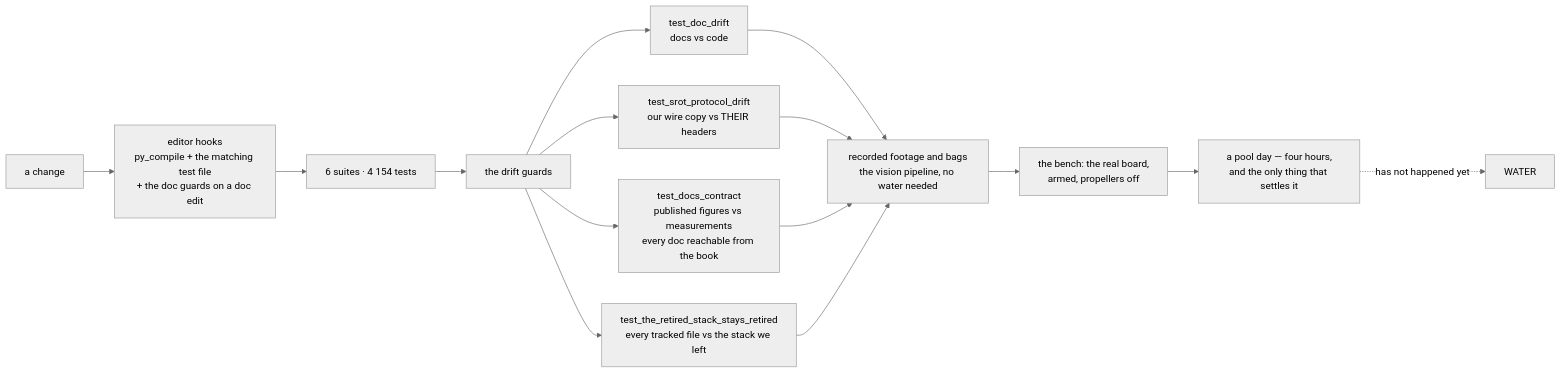
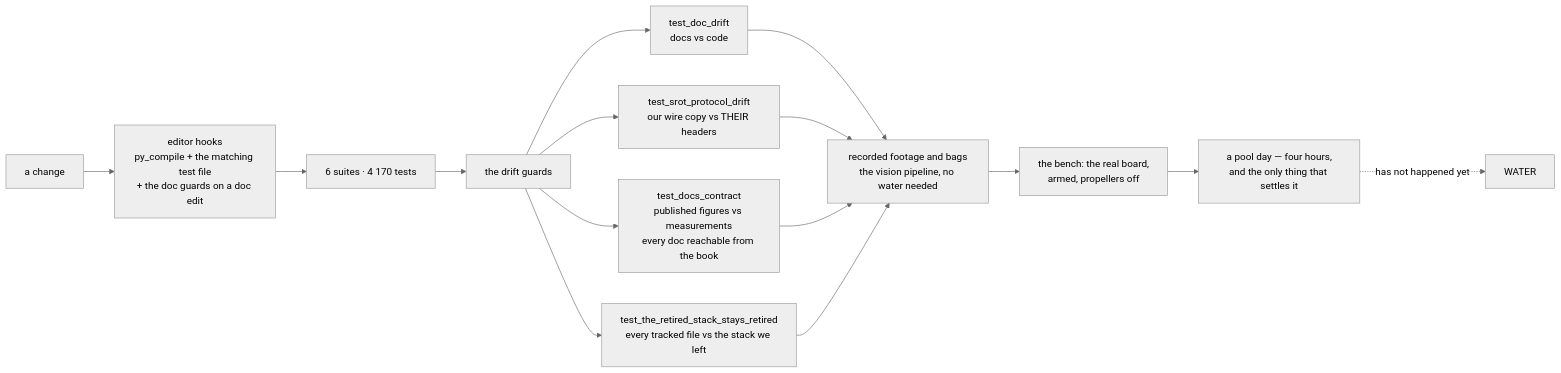
Before and after one commit to fh1m/mongla_ws: the ninth of 10 diagrams in README.md, drawn with Mermaid (neutral theme). The commit also changed other lines of this file and 39 other files, not shown here.

````diff
--- a/README.md
+++ b/README.md
@@ -788,17 +806,17 @@
 ```mermaid
 flowchart LR
     DEV["a change"] --> HOOK["editor hooks<br/>py_compile + the matching test file<br/>+ the doc guards on a doc edit"]
-    HOOK --> UNIT["6 suites · 4 154 tests"]
+    HOOK --> UNIT["6 suites · 4 170 tests"]
     UNIT --> GUARD["the drift guards"]
     GUARD --> G1["test_doc_drift<br/>docs vs code"]
     GUARD --> G2["test_srot_protocol_drift<br/>our wire copy vs THEIR headers"]
     GUARD --> G3["test_docs_contract<br/>published figures vs measurements<br/>every doc reachable from the book"]
     GUARD --> G4["test_the_retired_stack_stays_retired<br/>every tracked file vs the stack we left"]
     G1 --> REPLAY["recorded footage and bags<br/>the vision pipeline, no water needed"]
     G2 --> REPLAY
     G3 --> REPLAY
     G4 --> REPLAY
     REPLAY --> BENCH["the bench: the real board,<br/>armed, propellers off"]
     BENCH --> POOL["a pool day — four hours,<br/>and the only thing that settles it"]
     POOL -.->|"has not happened yet"| WATER["WATER"]
 ```
````
